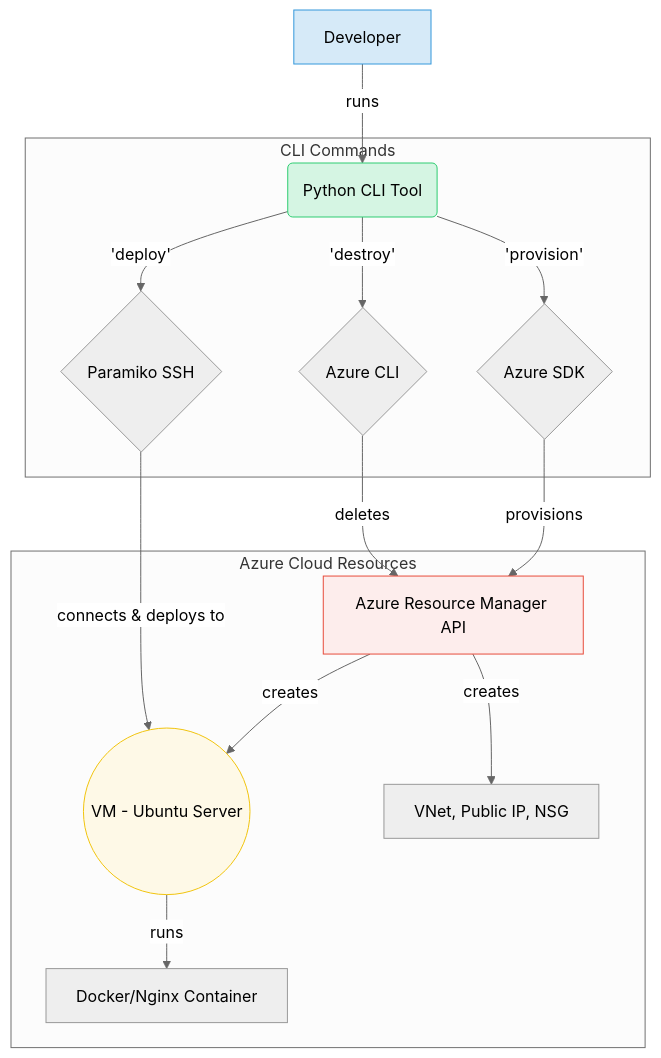
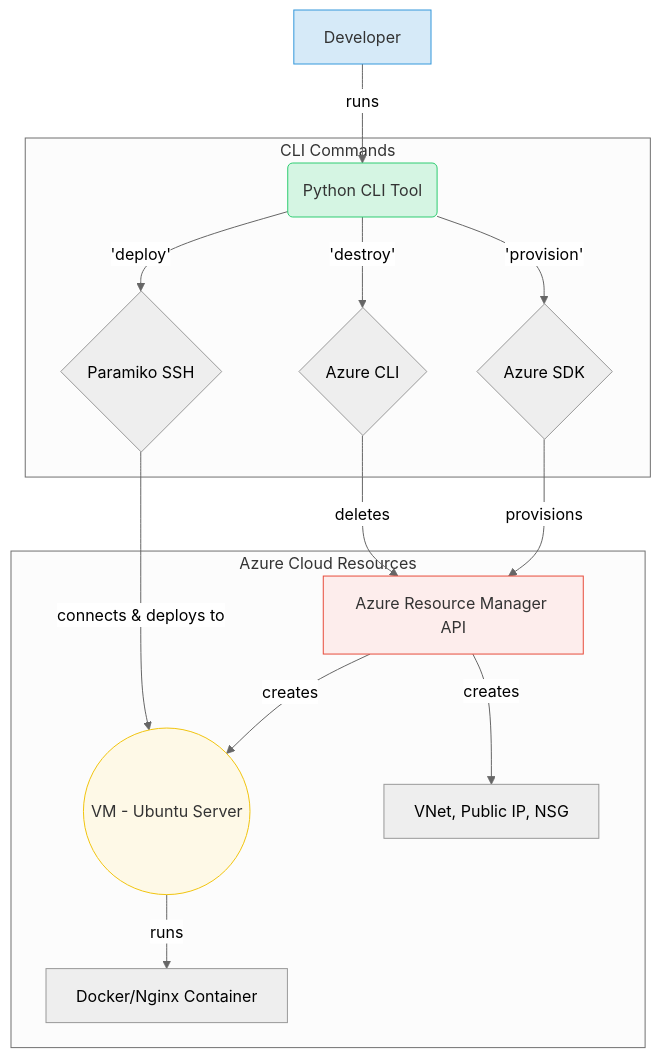
Before and after one commit to unknown788/cloud-cli-tool: the diagram in README.md, drawn with Mermaid (neutral theme).

Commit message:
readme file

````diff
--- a/README.md
+++ b/README.md
@@ -12,29 +12,30 @@
 ```mermaid
 graph TD
     A[Developer] -- runs --> B(Python CLI Tool)
 
     subgraph "CLI Commands"
         B -- 'provision' --> C{Azure SDK}
         B -- 'deploy' --> D{Paramiko SSH}
         B -- 'destroy' --> E{Azure CLI}
     end
 
     subgraph "Azure Cloud Resources"
         F[Azure Resource Manager API]
         G((VM - Ubuntu Server))
         H[Docker/Nginx Container]
         I[VNet, Public IP, NSG]
     end
 
     C -- provisions --> F
     F -- creates --> I
     F -- creates --> G
     D -- connects & deploys to --> G
     G -- runs --> H
     E -- deletes --> F
 
-    style A fill:#D6EAF8,stroke:#3498DB
-    style B fill:#D5F5E3,stroke:#2ECC71
-    style F fill:#FDEDEC,stroke:#E74C3C
-    style G fill:#FEF9E7,stroke:#F1C40F
+    %% Added 'color:#333' for better text readability in light mode
+    style A fill:#D6EAF8,stroke:#3498DB,color:#333
+    style B fill:#D5F5E3,stroke:#2ECC71,color:#333
+    style F fill:#FDEDEC,stroke:#E74C3C,color:#333
+    style G fill:#FEF9E7,stroke:#F1C40F,color:#333
 ```
````
